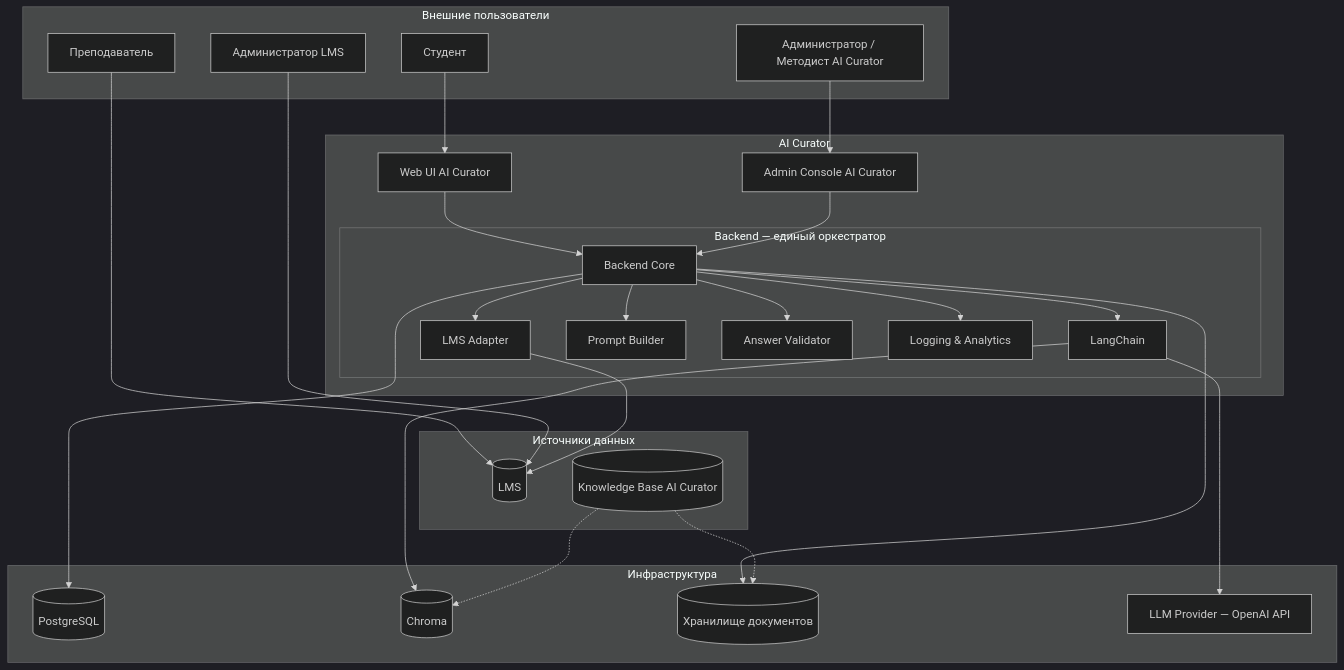
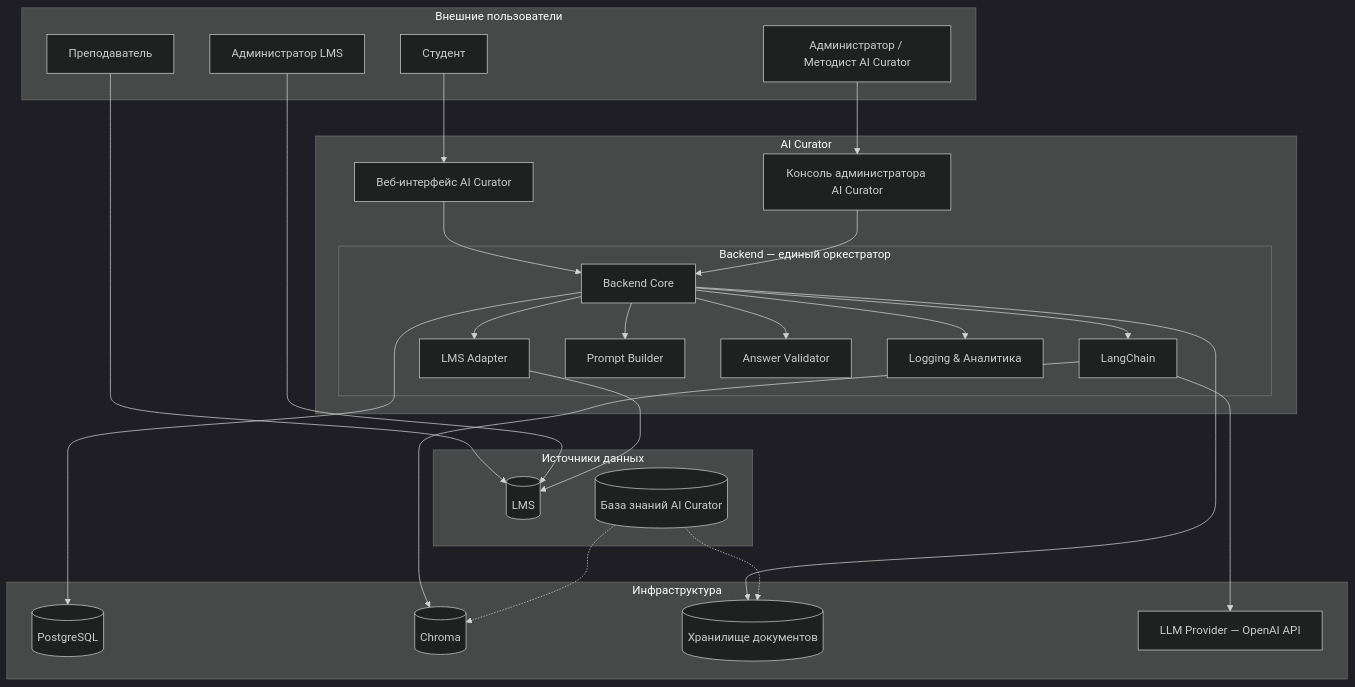
Before and after one commit to AlexLvGulyaev/AI-Curator: the diagram in README.md, drawn with Mermaid (dark theme). The commit also changed other lines of this file and 15 other files, not shown here.

````diff
--- a/README.md
+++ b/README.md
@@ -65,58 +65,58 @@
 ```mermaid
 flowchart TB
     subgraph "Внешние пользователи"
         Student[Студент]
         Teacher[Преподаватель]
         LMSAdmin[Администратор LMS]
         AICAdmin[Администратор / Методист AI Curator]
     end
 
     subgraph "AI Curator"
-        WebUI[Web UI AI Curator]
-        AdminConsole[Admin Console AI Curator]
+        WebUI[Веб-интерфейс AI Curator]
+        AdminConsole[Консоль администратора AI Curator]
 
         subgraph "Backend — единый оркестратор"
             Backend[Backend Core]
             LMSAdapter[LMS Adapter]
             LangChain[LangChain]
             PromptBuilder[Prompt Builder]
             Validator[Answer Validator]
-            Logger[Logging & Analytics]
+            Logger[Logging & Аналитика]
         end
     end
 
     subgraph "Источники данных"
         LMS[(LMS)]
-        KB[(Knowledge Base AI Curator)]
+        KB[(База знаний AI Curator)]
     end
 
     subgraph "Инфраструктура"
         DB[(PostgreSQL)]
         VectorStore[(Chroma)]
         DocStore[(Хранилище документов)]
         LLM[LLM Provider — OpenAI API]
     end
 
     Student --> WebUI
     AICAdmin --> AdminConsole
     Teacher --> LMS
     LMSAdmin --> LMS
 
     WebUI --> Backend
     AdminConsole --> Backend
 
     Backend --> LMSAdapter
     Backend --> LangChain
     Backend --> PromptBuilder
     Backend --> Validator
     Backend --> Logger
 
     LMSAdapter --> LMS
     LangChain --> VectorStore
     LangChain --> LLM
 
     Backend --> DB
     Backend --> DocStore
     KB -.-> DocStore
     KB -.-> VectorStore
 ```
````
